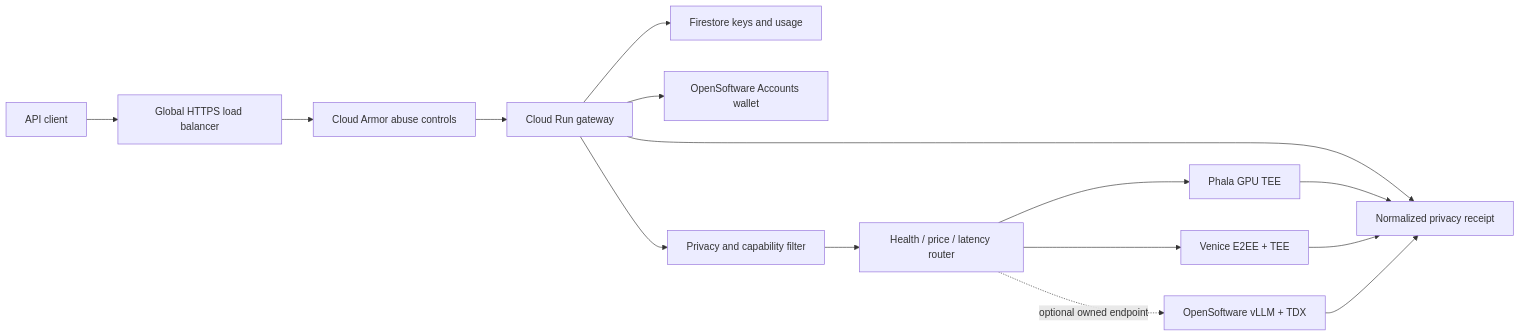
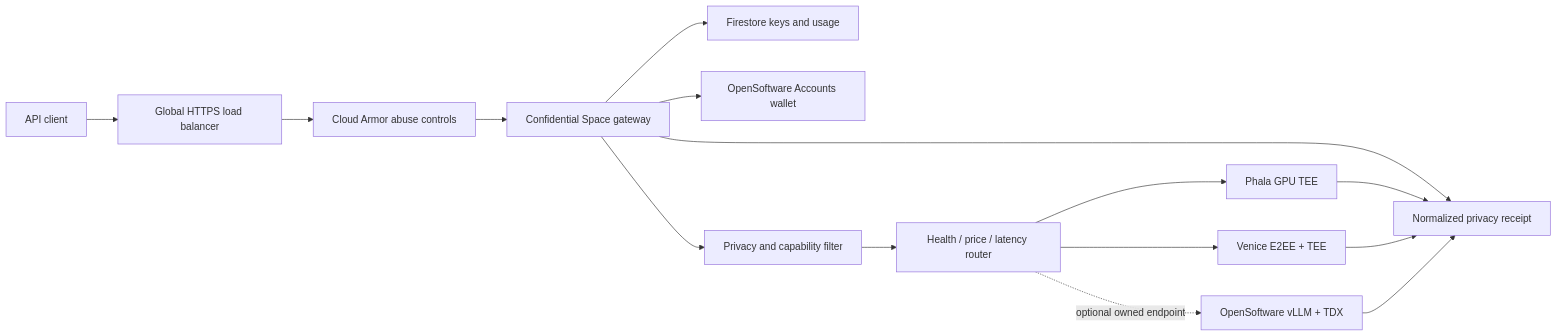
One commit to open-software-network/os-api changed the diagram in docs/architecture.md. Above: the diagram before and after it, drawn with Mermaid. The commit also changed other lines of this file and 14 other files, not shown here.

Commit message:
Add attested Confidential Space gateway

````diff
--- a/docs/architecture.md
+++ b/docs/architecture.md
@@ -5,17 +5,17 @@
 ```mermaid
 flowchart LR
   C["API client"] --> E["Global HTTPS load balancer"]
   E --> A["Cloud Armor abuse controls"]
-  A --> G["Cloud Run gateway"]
+  A --> G["Confidential Space gateway"]
   G --> R["Memorystore rate limits"]
   G --> F["Firestore keys and usage"]
   G --> O["OpenSoftware Accounts wallet"]
   G --> P["Privacy and capability filter"]
   P --> H["Health / price / latency router"]
   H --> PH["Phala GPU TEE"]
   H --> VE["Venice E2EE + TEE"]
   H -. "optional owned endpoint" .-> T["OpenSoftware vLLM + TDX"]
   PH --> R["Normalized privacy receipt"]
   VE --> R
   T --> R
 ```
````
